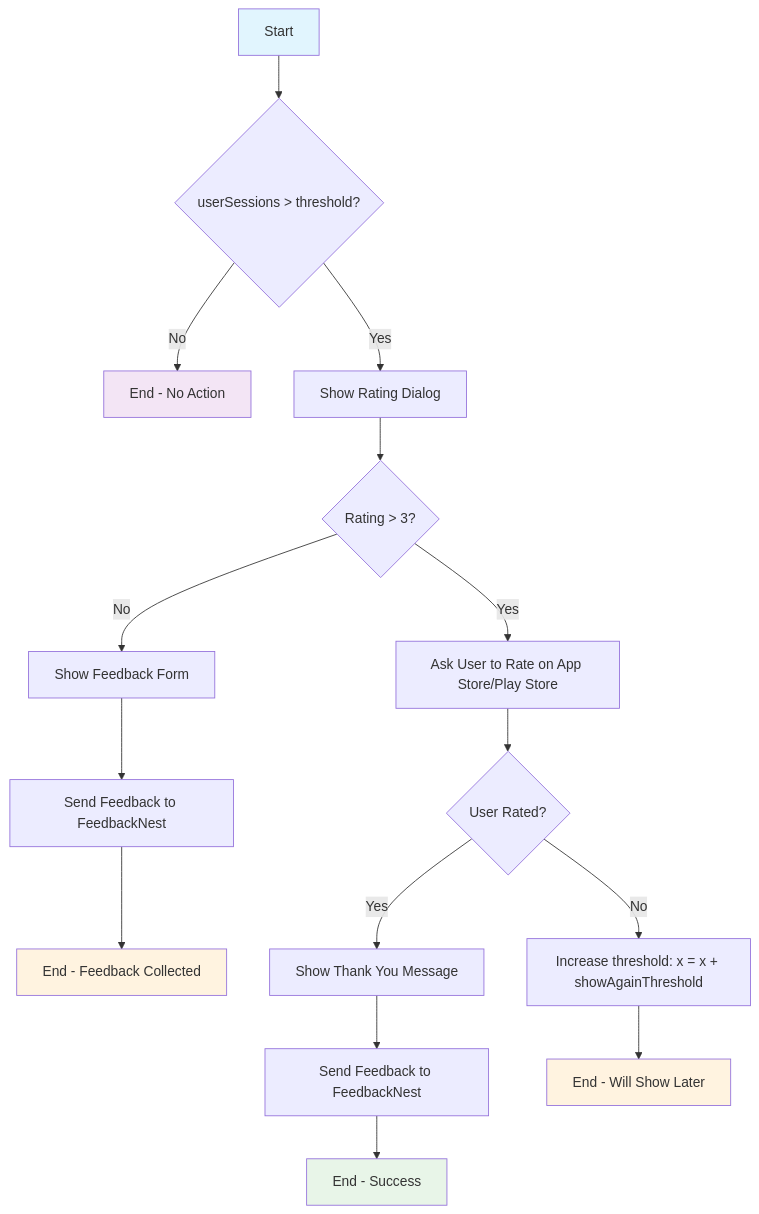
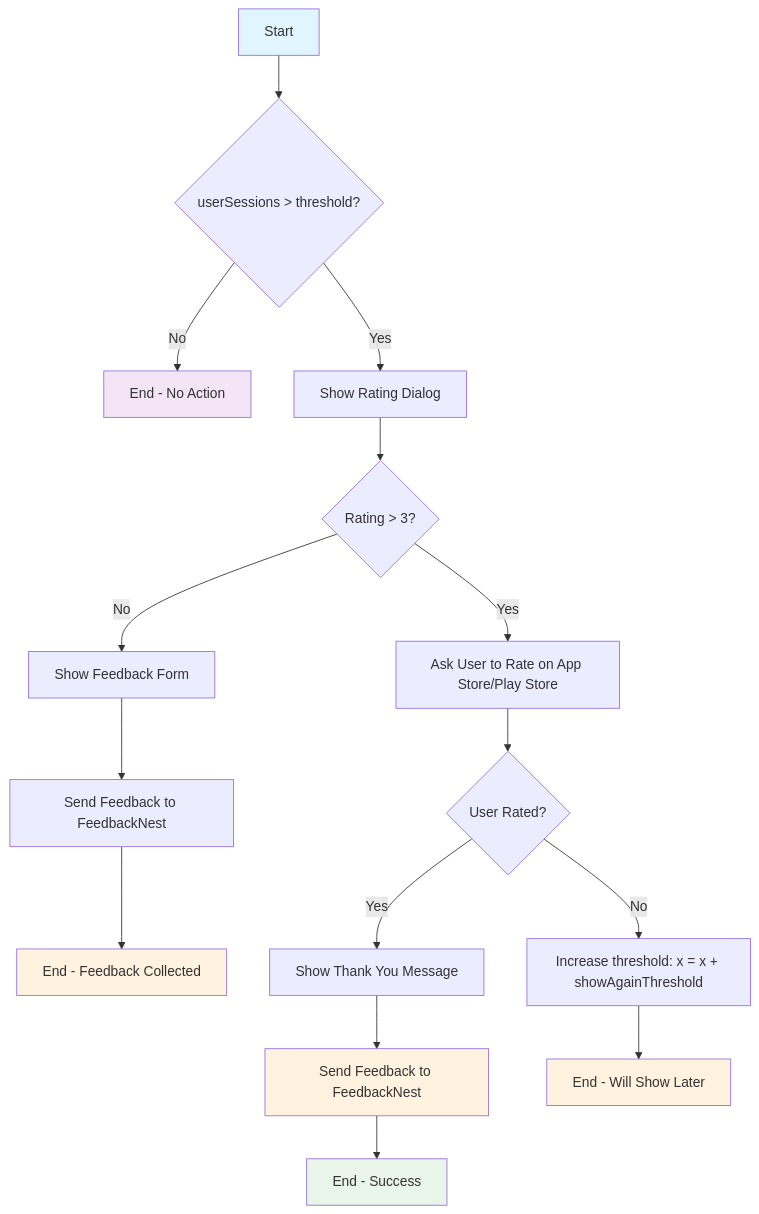
The diagram in README.md (subhadiprudra/fancy_rating_bar), drawn with Mermaid before and after one commit.

Commit message:
readme change

````diff
--- a/README.md
+++ b/README.md
@@ -11,23 +11,24 @@
 ```mermaid
 flowchart TD
     A[Start] --> B{userSessions > threshold?}
     B -->|No| C[End - No Action]
     B -->|Yes| D[Show Rating Dialog]
     D --> E{Rating > 3?}
     E -->|No| F[Show Feedback Form]
     F --> G[Send Feedback to FeedbackNest]
     G --> H[End - Feedback Collected]
     E -->|Yes| I[Ask User to Rate on App Store/Play Store]
     I --> J{User Rated?}
     J -->|Yes| K[Show Thank You Message]
     K --> L[Send Feedback to FeedbackNest]
     L --> M[End - Success]
     J -->|No| N[Increase threshold: x = x + showAgainThreshold]
     N --> O[End - Will Show Later]
     
     style A fill:#e1f5fe
     style C fill:#f3e5f5
     style H fill:#fff3e0
     style M fill:#e8f5e8
     style O fill:#fff3e0
+    style L fill:#fff3e0
 ```
````
